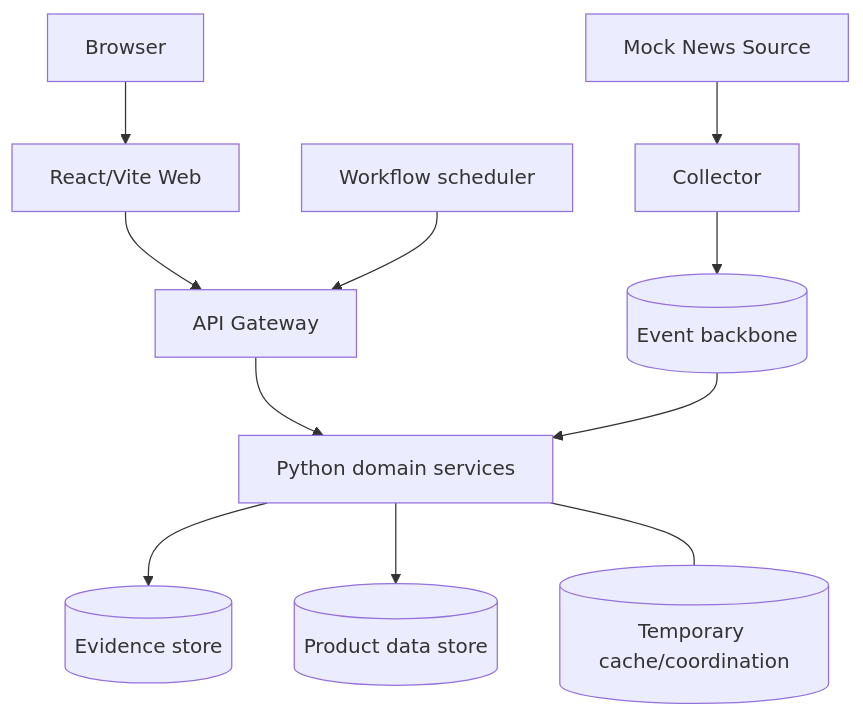
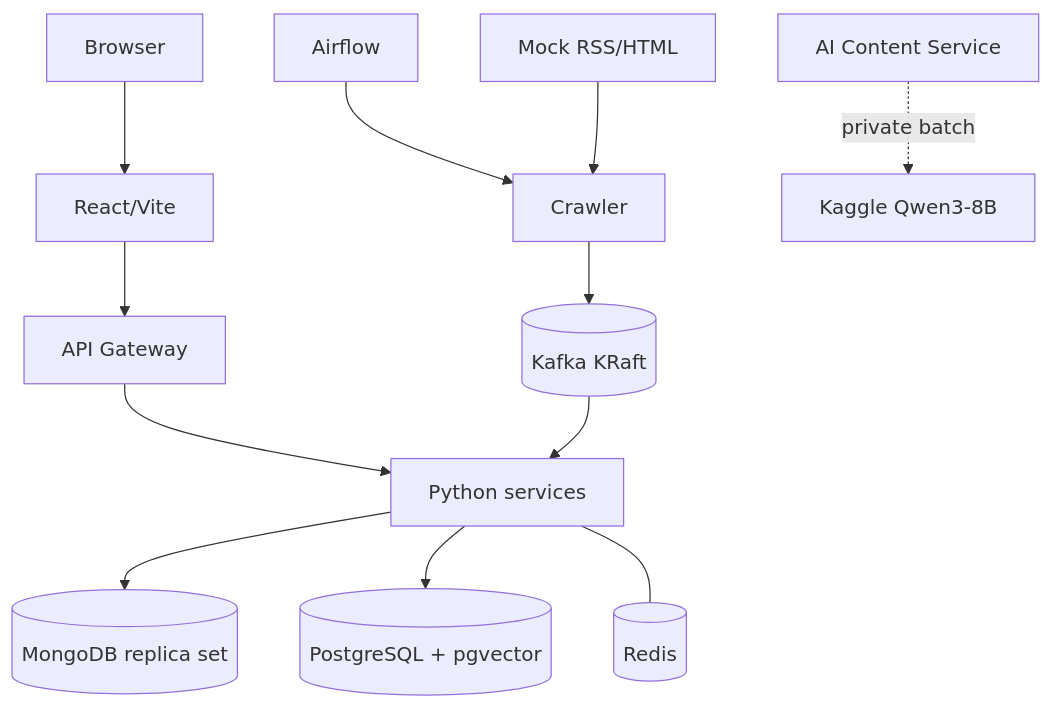
The diagram in docs/deployment.md (marvinphung/project3), drawn with Mermaid before and after one commit. The commit also changed other lines of this file and 12 other files, not shown here.

````diff
--- a/docs/deployment.md
+++ b/docs/deployment.md
@@ -11,13 +11,14 @@
 ```mermaid
 flowchart TB
-    Browser --> Web[React/Vite Web]
-    Web --> Gateway[API Gateway]
-    Gateway --> Services[Python domain services]
-    Mock[Mock News Source] --> Collector[Collector]
-    Collector --> Bus[(Event backbone)]
-    Bus --> Services
-    Services --> Evidence[(Evidence store)]
-    Services --> Product[(Product data store)]
-    Services --- Cache[(Temporary cache/coordination)]
-    Scheduler[Workflow scheduler] --> Gateway
+    Browser --> Web[React/Vite]
+    Web --> GW[API Gateway]
+    GW --> Services[Python services]
+    AF[Airflow] --> CR[Crawler]
+    Mock[Mock RSS/HTML] --> CR
+    CR --> K[(Kafka KRaft)]
+    K --> Services
+    Services --> M[(MongoDB replica set)]
+    Services --> P[(PostgreSQL + pgvector)]
+    Services --- R[(Redis)]
+    AI[AI Content Service] -. private batch .-> KG[Kaggle Qwen3-8B]
 ```
````
